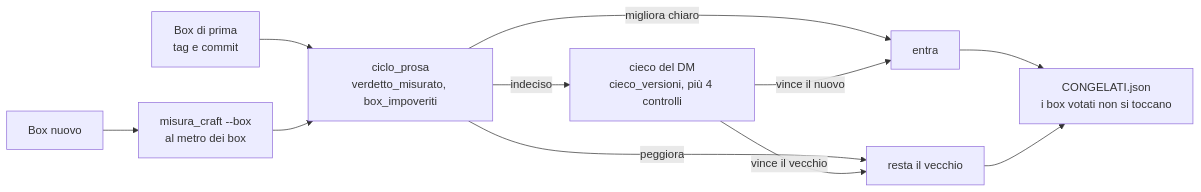
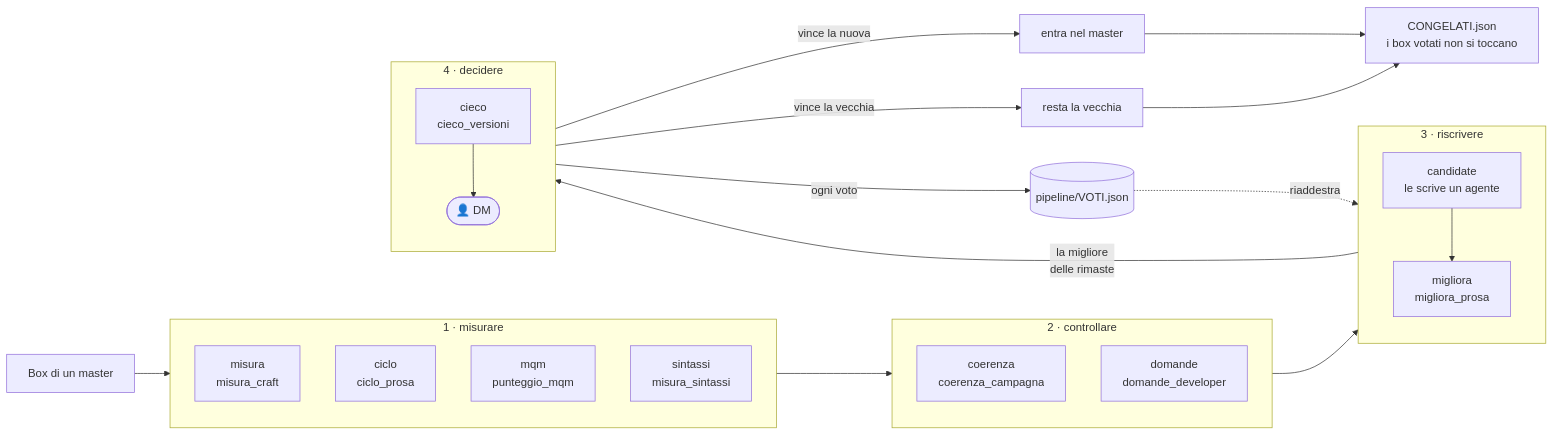
Diagram 13 of 24 in docs/ARCHITETTURA.md (gsamuele78/RumblingStone), drawn with Mermaid before and after one commit. The commit also changed other lines of this file and 18 other files, not shown here.

````diff
--- a/docs/ARCHITETTURA.md
+++ b/docs/ARCHITETTURA.md
@@ -539,12 +550,33 @@
 ```mermaid
 flowchart LR
-    NEW["Box nuovo"] --> M1["misura_craft --box<br/>al metro dei box"]
-    OLD["Box di prima<br/>tag e commit"] --> M2
-    M1 --> M2["ciclo_prosa<br/>verdetto_misurato, box_impoveriti"]
-    M2 -->|"peggiora"| KEEP["resta il vecchio"]
-    M2 -->|"migliora chiaro"| IN["entra"]
-    M2 -->|"indeciso"| BL["cieco del DM<br/>cieco_versioni, più 4 controlli"]
-    BL -->|"vince il nuovo"| IN
-    BL -->|"vince il vecchio"| KEEP
+    subgraph MIS["1 · misurare"]
+        direction TB
+        A1["misura<br/>misura_craft"]
+        A2["ciclo<br/>ciclo_prosa"]
+        A3["mqm<br/>punteggio_mqm"]
+        A4["sintassi<br/>misura_sintassi"]
+    end
+    subgraph CTL["2 · controllare"]
+        direction TB
+        B1["coerenza<br/>coerenza_campagna"]
+        B2["domande<br/>domande_developer"]
+    end
+    subgraph RIS["3 · riscrivere"]
+        direction TB
+        C0["candidate<br/>le scrive un agente"]
+        C1["migliora<br/>migliora_prosa"]
+    end
+    subgraph DEC["4 · decidere"]
+        direction TB
+        D1["cieco<br/>cieco_versioni"]
+        D2(["👤 DM"])
+    end
+    BOX["Box di un master"] --> MIS --> CTL --> RIS
+    C0 --> C1
+    C1 -->|"la migliore<br/>delle rimaste"| D1 --> D2
+    D2 -->|"vince la nuova"| IN["entra nel master"]
+    D2 -->|"vince la vecchia"| KEEP["resta la vecchia"]
     IN & KEEP --> FROZEN["CONGELATI.json<br/>i box votati non si toccano"]
+    D2 -->|"ogni voto"| VOTI[("pipeline/VOTI.json")]
+    VOTI -.->|"riaddestra"| C1
 ```
````
